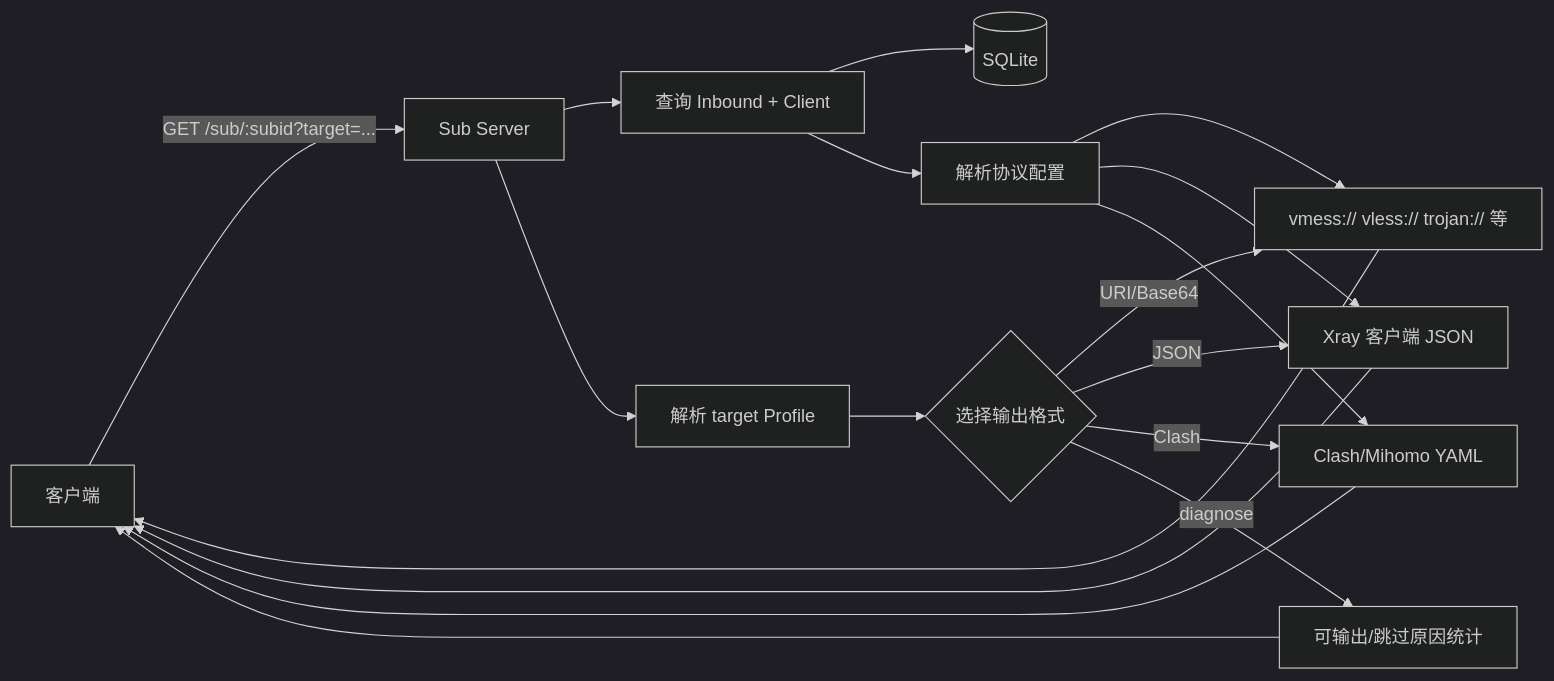
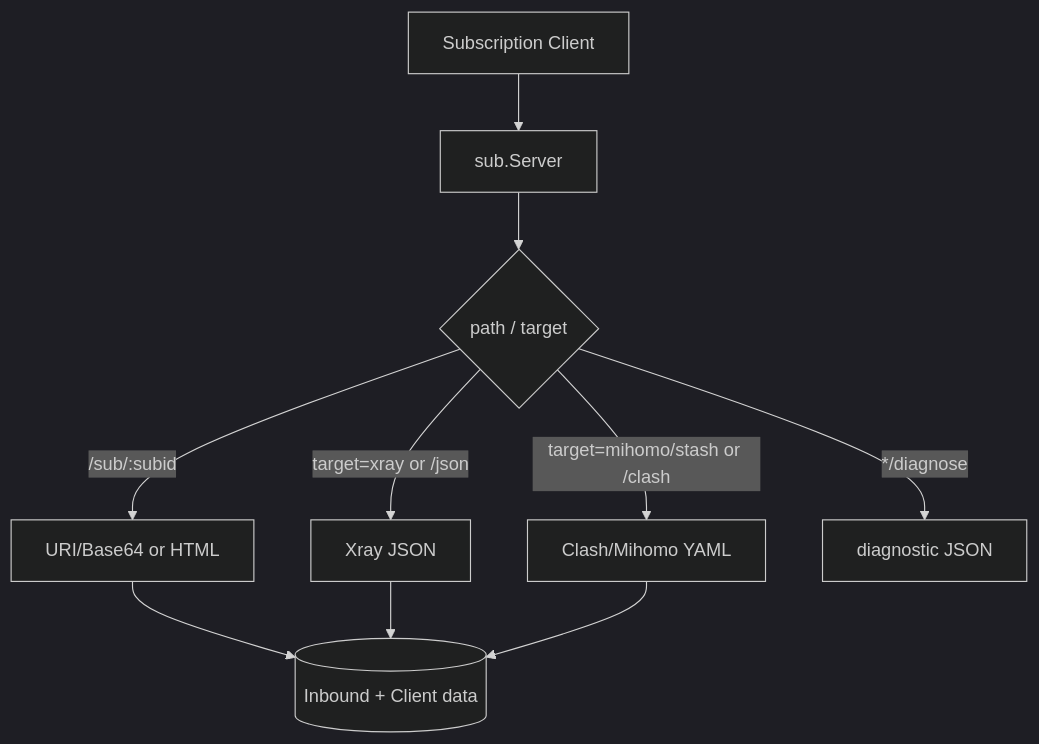
The fifth of 5 diagrams in docs/architecture.md (superaddmin/SuperXray-gui), drawn with Mermaid (dark theme) before and after one commit. The commit also changed other lines of this file and 5 other files, not shown here.

````diff
--- a/docs/architecture.md
+++ b/docs/architecture.md
@@ -315,20 +283,12 @@
 ```mermaid
-flowchart LR
-    CLIENT[客户端] -->|GET /sub/:subid?target=...| SUBSVR[Sub Server]
-    SUBSVR --> QUERY[查询 Inbound + Client]
-    QUERY --> DB[(SQLite)]
-    SUBSVR --> PROFILE[解析 target Profile]
-    QUERY --> PARSE[解析协议配置]
-    PROFILE --> FORMAT{选择输出格式}
-    FORMAT -->|URI/Base64| B64[vmess:// vless:// trojan:// 等]
-    FORMAT -->|JSON| JSON[Xray 客户端 JSON]
-    FORMAT -->|Clash| YAML[Clash/Mihomo YAML]
-    FORMAT -->|diagnose| DIAG[可输出/跳过原因统计]
-    PARSE --> B64
-    PARSE --> JSON
-    PARSE --> YAML
-    B64 --> CLIENT
-    JSON --> CLIENT
-    YAML --> CLIENT
-    DIAG --> CLIENT
+flowchart TD
+    CLIENT[Subscription Client] --> SUB[sub.Server]
+    SUB --> ROUTE{path / target}
+    ROUTE -->|/sub/:subid| URI[URI/Base64 or HTML]
+    ROUTE -->|target=xray or /json| JSON[Xray JSON]
+    ROUTE -->|target=mihomo/stash or /clash| CLASH[Clash/Mihomo YAML]
+    ROUTE -->|*/diagnose| DIAG[diagnostic JSON]
+    URI --> DB[(Inbound + Client data)]
+    JSON --> DB
+    CLASH --> DB
 ```
````
